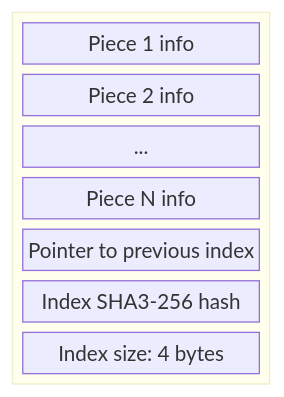
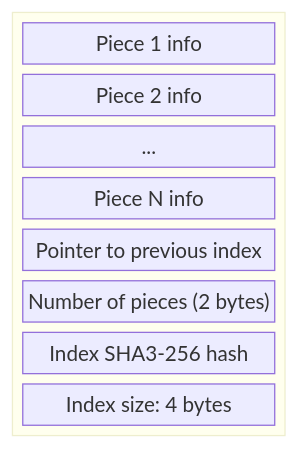
The third of 8 diagrams in doc/structure.md (erikedin/Pokitomo.jl), drawn with Mermaid before and after one commit. The commit also changed 4 other files, not shown here.

````diff
--- a/doc/structure.md
+++ b/doc/structure.md
@@ -38,13 +38,14 @@
 ```mermaid
 block-beta
     block
         columns 1
         Piece1Info["Piece 1 info"]
         Piece2Info["Piece 2 info"]
         ...
         PieceNInfo["Piece N info"]
         PointerToPrev["Pointer to previous index"]
+        NPieces["Number of pieces (2 bytes)"]
         IndexHash["Index SHA3-256 hash"]
         IndexSize["Index size: 4 bytes"]
     end
 ```
````
